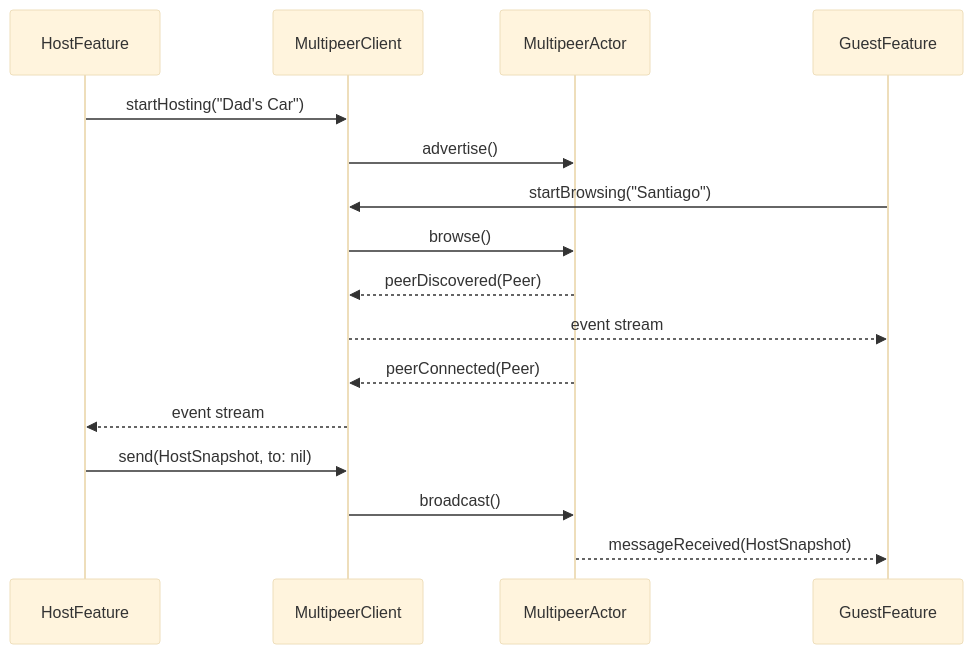
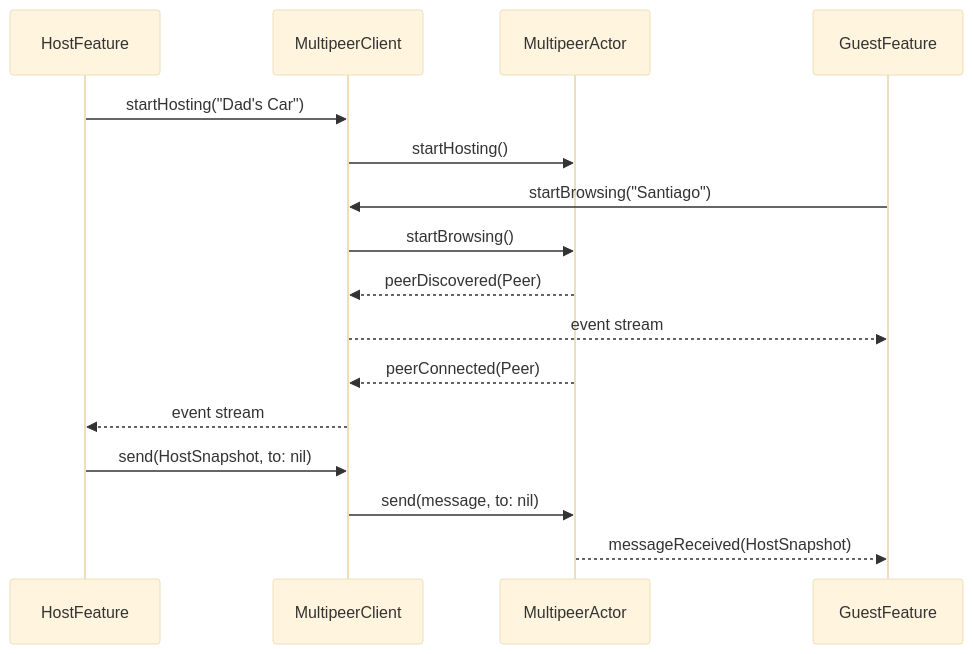
The diagram in docs/diagrams/multipeer-sequenceDiagram.mmd (JeffESchmitz/DemocracyDJ), drawn with Mermaid (base theme) before and after one commit. The commit also changed 9 other files, not shown here.

Commit message:
docs: update multipeer diagrams

```diff
--- a/docs/diagrams/multipeer-sequenceDiagram.mmd
+++ b/docs/diagrams/multipeer-sequenceDiagram.mmd
@@ -1,21 +1,21 @@
 sequenceDiagram
     participant Host as HostFeature
     participant MC as MultipeerClient
     participant MPActor as MultipeerActor
     participant Guest as GuestFeature
 
     Host->>MC: startHosting("Dad's Car")
-    MC->>MPActor: advertise()
+    MC->>MPActor: startHosting()
 
     Guest->>MC: startBrowsing("Santiago")
-    MC->>MPActor: browse()
+    MC->>MPActor: startBrowsing()
 
     MPActor-->>MC: peerDiscovered(Peer)
     MC-->>Guest: event stream
 
     MPActor-->>MC: peerConnected(Peer)
     MC-->>Host: event stream
 
     Host->>MC: send(HostSnapshot, to: nil)
-    MC->>MPActor: broadcast()
+    MC->>MPActor: send(message, to: nil)
     MPActor-->>Guest: messageReceived(HostSnapshot)
```
